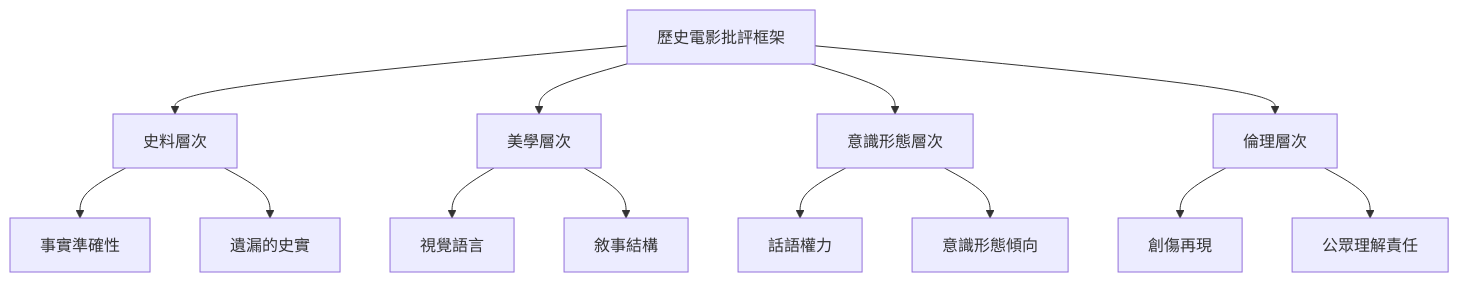
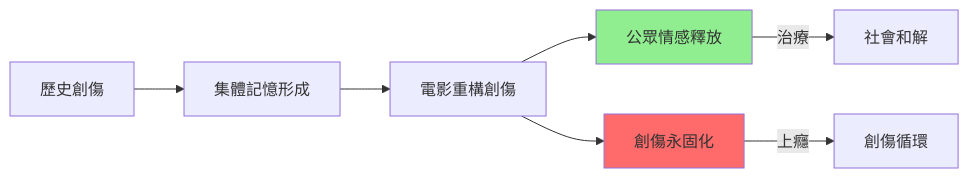
The fifth of 10 diagrams in 01_HKU_Courses/HIST2031_History_through_Film.md (yip-lgtm/HKU-Harvard-History-Self-Study), drawn with Mermaid before and after one commit. The commit also changed other lines of this file and 25 other files, not shown here.

````diff
--- a/01_HKU_Courses/HIST2031_History_through_Film.md
+++ b/01_HKU_Courses/HIST2031_History_through_Film.md
@@ -216,15 +251,11 @@
 ```mermaid
-graph TD
-    A["歷史電影批評框架"] --> B["史料層次"]
-    A --> C["美學層次"]
-    A --> D["意識形態層次"]
-    A --> E["倫理層次"]
-    B --> B1["事實準確性"]
-    B --> B2["遺漏的史實"]
-    C --> C1["視覺語言"]
-    C --> C2["敘事結構"]
-    D --> D1["話語權力"]
-    D --> D2["意識形態傾向"]
-    E --> E1["創傷再現"]
-    E --> E2["公眾理解責任"]
+graph LR
+    A["歷史創傷"] --> B["集體記憶形成"]
+    B --> C["電影重構創傷"]
+    C --> D["公眾情感釋放"]
+    C --> E["創傷永固化"]
+    D -->|"治療"| F["社會和解"]
+    E -->|"上癮"| G["創傷循環"]
+    style D fill:#90EE90
+    style E fill:#FF6B6B
 ```
````
